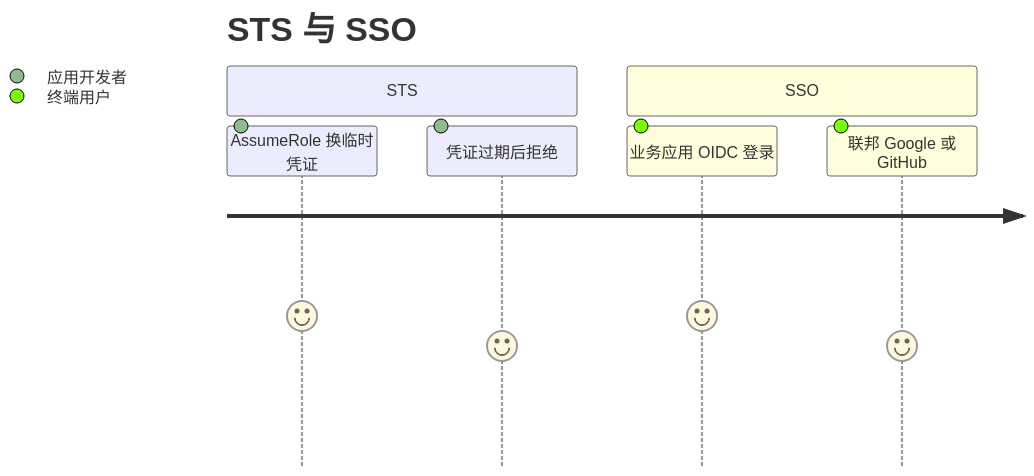
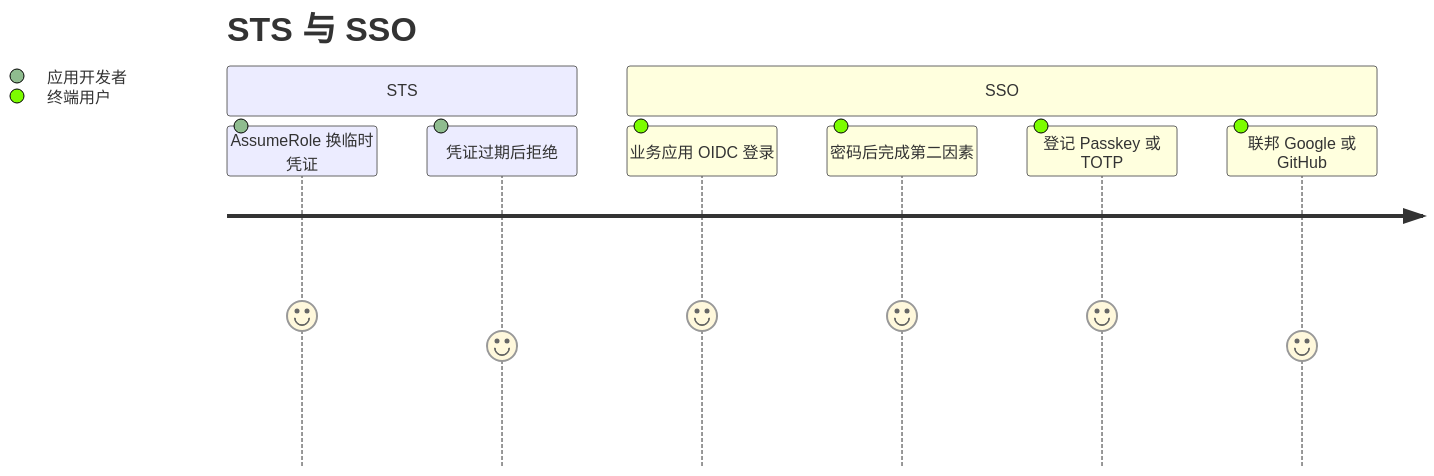
Before and after one commit to felixzhu97/explore-iam: the second of 4 diagrams in docs/product-owner/User-Story-Map.md, drawn with Mermaid. The commit also changed other lines of this file and 6 other files, not shown here.

````diff
--- a/docs/product-owner/User-Story-Map.md
+++ b/docs/product-owner/User-Story-Map.md
@@ -37,10 +37,12 @@
 ```mermaid
 journey
     title STS 与 SSO
     section STS
         AssumeRole 换临时凭证: 5: 应用开发者
         凭证过期后拒绝: 4: 应用开发者
     section SSO
         业务应用 OIDC 登录: 5: 终端用户
+        密码后完成第二因素: 5: 终端用户
+        登记 Passkey 或 TOTP: 5: 终端用户
         联邦 Google 或 GitHub: 4: 终端用户
 ```
````
